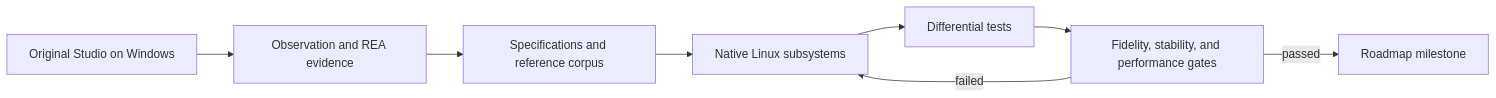
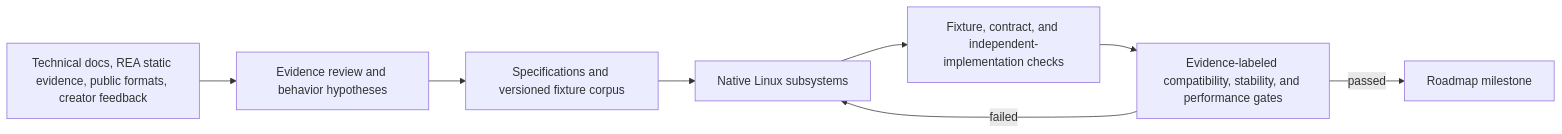
One commit to Rovewake/roblox-studio-linux changed the diagram in ROADMAP.md. Above: the diagram before and after it, drawn with Mermaid. The commit also changed other lines of this file and 5 other files, not shown here.

Commit message:
docs(roadmap): remove Windows test assumptions

````diff
--- a/ROADMAP.md
+++ b/ROADMAP.md
@@ -29,10 +30,10 @@
 ```mermaid
 flowchart LR
-    A[Original Studio on Windows] --> B[Observation and REA evidence]
-    B --> C[Specifications and reference corpus]
+    A[Technical docs, REA static evidence, public formats, creator feedback] --> B[Evidence review and behavior hypotheses]
+    B --> C[Specifications and versioned fixture corpus]
     C --> D[Native Linux subsystems]
-    D --> E[Differential tests]
-    E --> F[Fidelity, stability, and performance gates]
+    D --> E[Fixture, contract, and independent-implementation checks]
+    E --> F[Evidence-labeled compatibility, stability, and performance gates]
     F -->|failed| D
     F -->|passed| G[Roadmap milestone]
 ```
````
